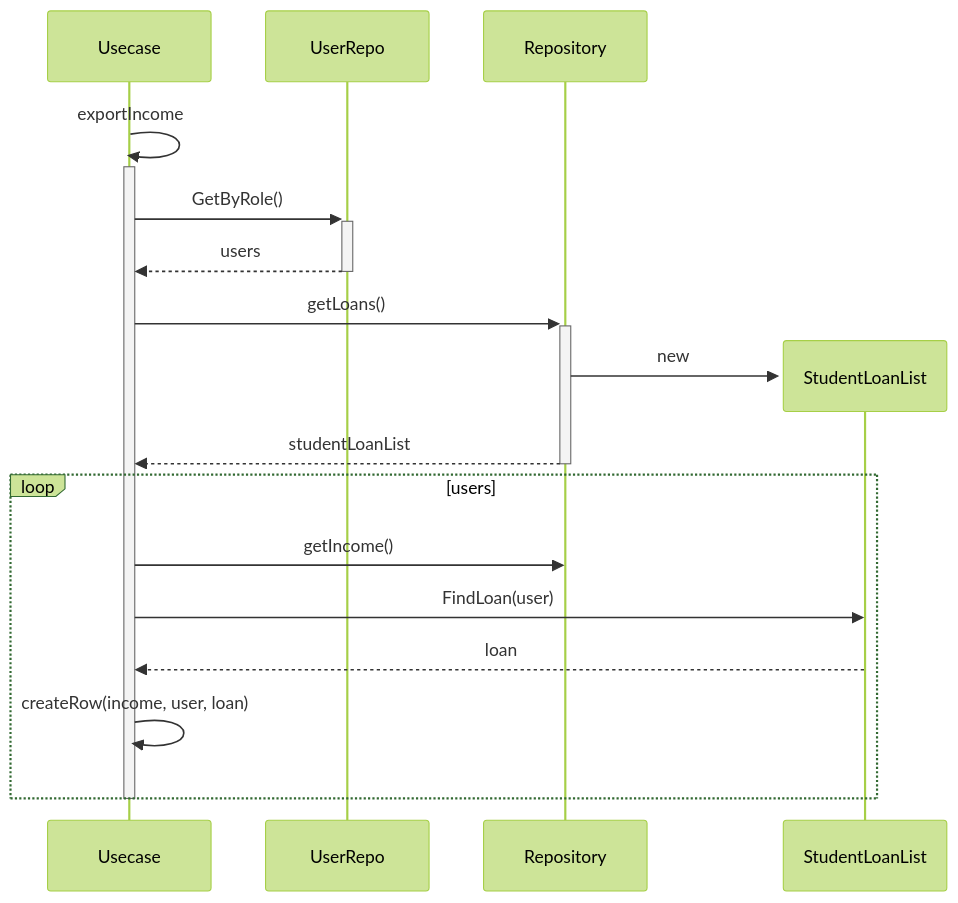
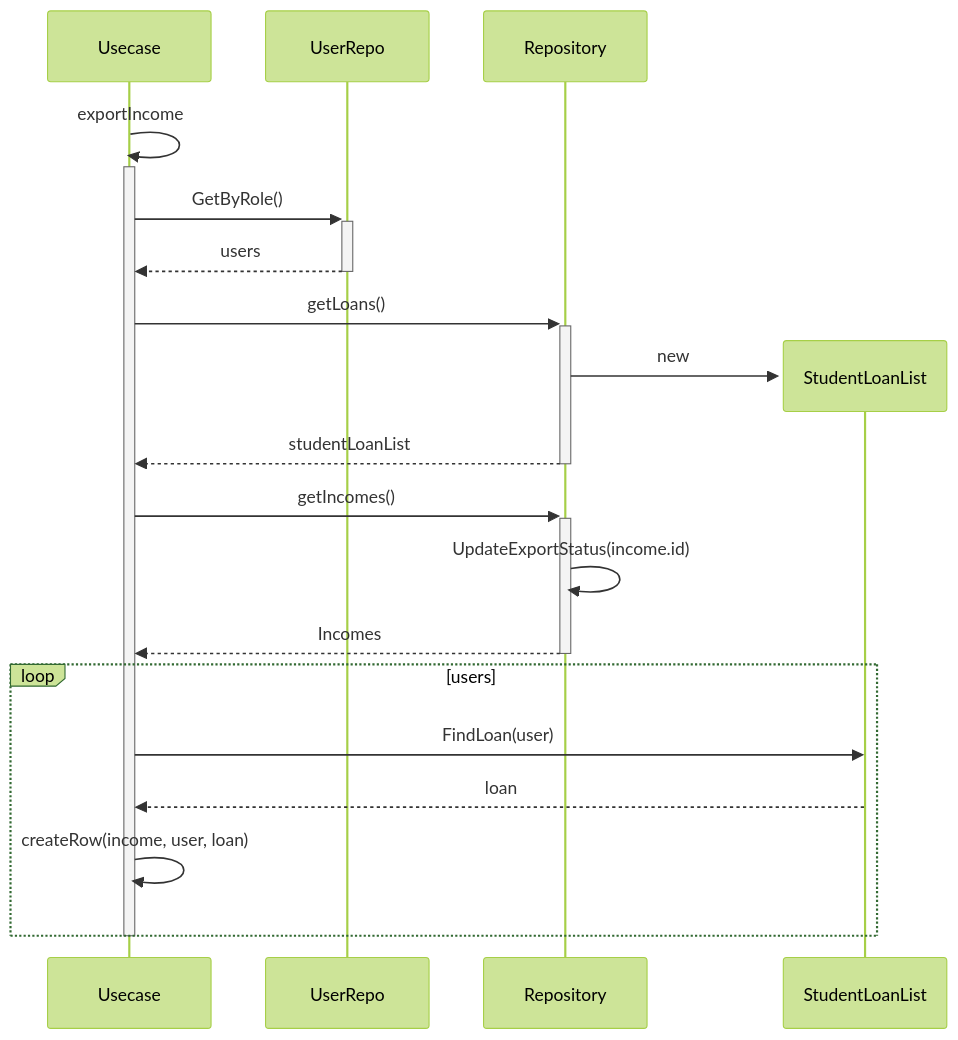
The diagram in api/income/sequenceDiagram.md (oddsteam/api.odds-worklog), drawn with Mermaid (forest theme) before and after one commit.

Commit message:
update to be design

````diff
--- a/api/income/sequenceDiagram.md
+++ b/api/income/sequenceDiagram.md
@@ -1,17 +1,19 @@
 ```mermaid
 sequenceDiagram
 Usecase->>+Usecase: exportIncome
 Usecase->>+UserRepo: GetByRole()
 UserRepo-->>-Usecase: users
 Usecase->>+Repository: getLoans()
 create participant StudentLoanList
 Repository->>StudentLoanList: new
 Repository-->>-Usecase: studentLoanList
+Usecase->>+Repository: getIncomes()
+Repository->>Repository: UpdateExportStatus(income.id)
+Repository-->>-Usecase: Incomes
 loop users
-Usecase->>Repository: getIncome()
-Usecase->>StudentLoanList: FindLoan(user)
-StudentLoanList-->>Usecase: loan
-Usecase->>Usecase: createRow(income, user, loan)
+    Usecase->>StudentLoanList: FindLoan(user)
+    StudentLoanList-->>Usecase: loan
+    Usecase->>Usecase: createRow(income, user, loan)
 end
 deactivate Usecase
 ```
````
